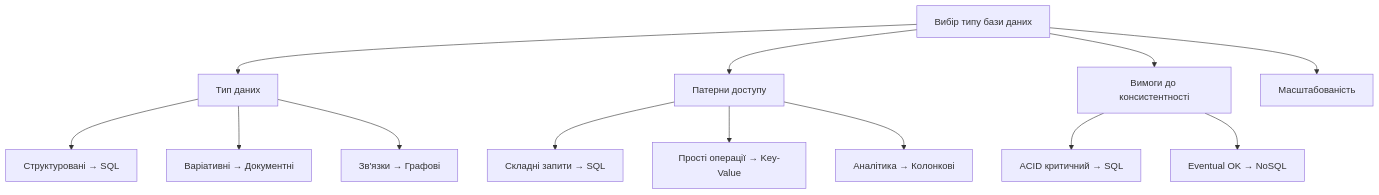
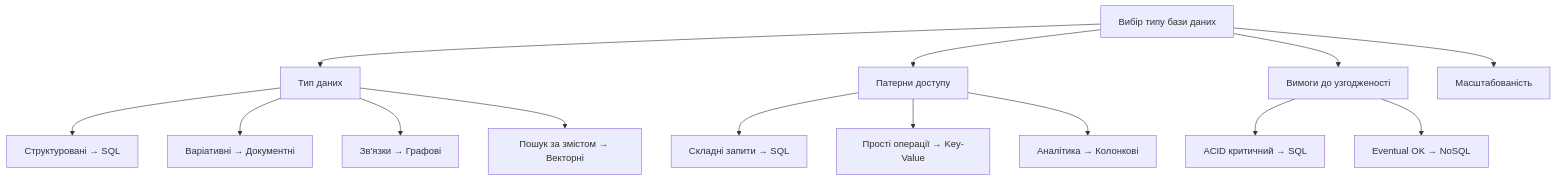
Before and after one commit to olroi421/course-opi-v2: the sixth of 7 diagrams in lectures/lecture-10.md, drawn with Mermaid. The commit also changed other lines of this file and 10 other files, not shown here.

````diff
--- a/lectures/lecture-10.md
+++ b/lectures/lecture-10.md
@@ -367,18 +525,19 @@
 ```mermaid
 graph TB
-    A[Вибір типу бази даних] --> B[Тип даних]
-    A --> C[Патерни доступу]
-    A --> D[Вимоги до консистентності]
-    A --> E[Масштабованість]
+    A["Вибір типу бази даних"] --> B["Тип даних"]
+    A --> C["Патерни доступу"]
+    A --> D["Вимоги до узгодженості"]
+    A --> E["Масштабованість"]
 
-    B --> F[Структуровані → SQL]
-    B --> G[Варіативні → Документні]
-    B --> H[Зв'язки → Графові]
+    B --> F["Структуровані → SQL"]
+    B --> G["Варіативні → Документні"]
+    B --> H["Зв'язки → Графові"]
+    B --> V["Пошук за змістом → Векторні"]
 
-    C --> I[Складні запити → SQL]
-    C --> J[Прості операції → Key-Value]
-    C --> K[Аналітика → Колонкові]
+    C --> I["Складні запити → SQL"]
+    C --> J["Прості операції → Key-Value"]
+    C --> K["Аналітика → Колонкові"]
 
-    D --> L[ACID критичний → SQL]
-    D --> M[Eventual OK → NoSQL]
+    D --> L["ACID критичний → SQL"]
+    D --> M["Eventual OK → NoSQL"]
 ```
````
